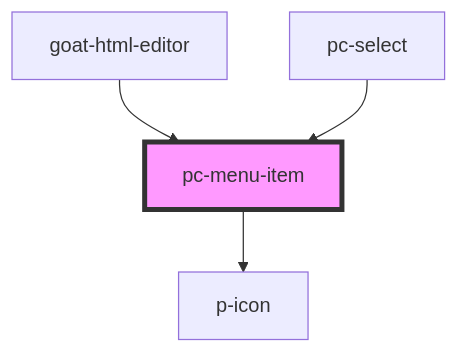
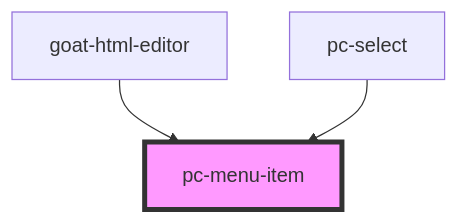
The diagram in src/components/menu/menu-item/readme.md (redvars/peacock), drawn with Mermaid before and after one commit. The commit also changed other lines of this file and 135 other files, not shown here.

````diff
--- a/src/components/menu/menu-item/readme.md
+++ b/src/components/menu/menu-item/readme.md
@@ -66,7 +62,6 @@
 ```mermaid
 graph TD;
-  pc-menu-item --> p-icon
   goat-html-editor --> pc-menu-item
   pc-select --> pc-menu-item
   style pc-menu-item fill:#f9f,stroke:#333,stroke-width:4px
 ```
````
